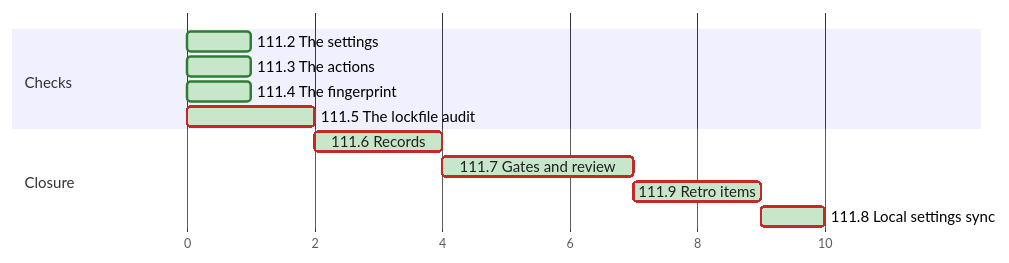
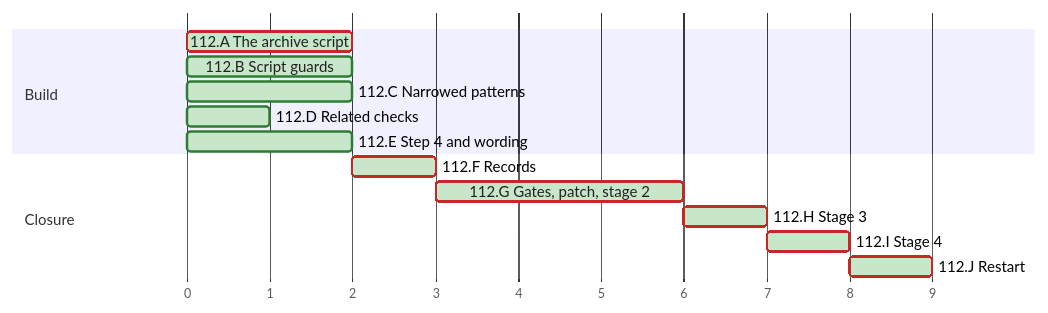
One commit to MatrixFounder/Agentic-development changed the diagram in docs/PLAN.md. Above: the diagram before and after it, drawn with Mermaid. The commit also changed other lines of this file and 49 other files, not shown here.

First line of the commit message:
feat(safe commands that admit no write: an archive script and closed patterns (WI-35))

````diff
--- a/docs/PLAN.md
+++ b/docs/PLAN.md
@@ -293,20 +343,22 @@
 ```mermaid
-%%{init: {"look": "classic", "themeVariables": {"doneTaskBkgColor": "#C8E6C9", "doneTaskBorderColor": "#2E7D32", "activeTaskBkgColor": "#FFF3C4", "activeTaskBorderColor": "#F9A825", "taskBkgColor": "#FFFFFF", "taskBorderColor": "#9E9E9E", "critBkgColor": "#FFFFFF", "critBorderColor": "#C62828", "taskTextColor": "#212121", "taskTextDarkColor": "#212121"}, "gantt": {"barHeight": 16, "barGap": 4, "topPadding": 50, "fontSize": 12, "sectionFontSize": 12, "numberSectionStyles": 2, "useWidth": 900, "leftPadding": 140, "rightPadding": 250}, "themeCSS": ".grid .tick line { stroke-opacity: 0.25; } .activeText0.taskTextOutsideRight, .activeText1.taskTextOutsideRight, .activeText2.taskTextOutsideRight, .activeText3.taskTextOutsideRight, .activeCritText0.taskTextOutsideRight, .activeCritText1.taskTextOutsideRight, .activeCritText2.taskTextOutsideRight, .activeCritText3.taskTextOutsideRight, .doneText0.taskTextOutsideRight, .doneText1.taskTextOutsideRight, .doneText2.taskTextOutsideRight, .doneText3.taskTextOutsideRight, .doneCritText0.taskTextOutsideRight, .doneCritText1.taskTextOutsideRight, .doneCritText2.taskTextOutsideRight, .doneCritText3.taskTextOutsideRight, .activeText0.taskTextOutsideLeft, .activeText1.taskTextOutsideLeft, .activeText2.taskTextOutsideLeft, .activeText3.taskTextOutsideLeft, .activeCritText0.taskTextOutsideLeft, .activeCritText1.taskTextOutsideLeft, .activeCritText2.taskTextOutsideLeft, .activeCritText3.taskTextOutsideLeft, .doneText0.taskTextOutsideLeft, .doneText1.taskTextOutsideLeft, .doneText2.taskTextOutsideLeft, .doneText3.taskTextOutsideLeft, .doneCritText0.taskTextOutsideLeft, .doneCritText1.taskTextOutsideLeft, .doneCritText2.taskTextOutsideLeft, .doneCritText3.taskTextOutsideLeft { fill: #ffffff !important; mix-blend-mode: difference; }"}}%%
+%%{init: {"look": "classic", "themeVariables": {"doneTaskBkgColor": "#C8E6C9", "doneTaskBorderColor": "#2E7D32", "activeTaskBkgColor": "#FFF3C4", "activeTaskBorderColor": "#F9A825", "taskBkgColor": "#FFFFFF", "taskBorderColor": "#9E9E9E", "critBkgColor": "#FFFFFF", "critBorderColor": "#C62828", "taskTextColor": "#212121", "taskTextDarkColor": "#212121"}, "gantt": {"barHeight": 16, "barGap": 4, "topPadding": 50, "fontSize": 12, "sectionFontSize": 12, "numberSectionStyles": 2, "useWidth": 900, "leftPadding": 140, "rightPadding": 164}, "themeCSS": ".grid .tick line { stroke-opacity: 0.25; } .activeText0.taskTextOutsideRight, .activeText1.taskTextOutsideRight, .activeText2.taskTextOutsideRight, .activeText3.taskTextOutsideRight, .activeCritText0.taskTextOutsideRight, .activeCritText1.taskTextOutsideRight, .activeCritText2.taskTextOutsideRight, .activeCritText3.taskTextOutsideRight, .doneText0.taskTextOutsideRight, .doneText1.taskTextOutsideRight, .doneText2.taskTextOutsideRight, .doneText3.taskTextOutsideRight, .doneCritText0.taskTextOutsideRight, .doneCritText1.taskTextOutsideRight, .doneCritText2.taskTextOutsideRight, .doneCritText3.taskTextOutsideRight, .activeText0.taskTextOutsideLeft, .activeText1.taskTextOutsideLeft, .activeText2.taskTextOutsideLeft, .activeText3.taskTextOutsideLeft, .activeCritText0.taskTextOutsideLeft, .activeCritText1.taskTextOutsideLeft, .activeCritText2.taskTextOutsideLeft, .activeCritText3.taskTextOutsideLeft, .doneText0.taskTextOutsideLeft, .doneText1.taskTextOutsideLeft, .doneText2.taskTextOutsideLeft, .doneText3.taskTextOutsideLeft, .doneCritText0.taskTextOutsideLeft, .doneCritText1.taskTextOutsideLeft, .doneCritText2.taskTextOutsideLeft, .doneCritText3.taskTextOutsideLeft { fill: #ffffff !important; mix-blend-mode: difference; }"}}%%
 gantt
   accTitle: Plan chart
   accDescr: Each bar starts when its last dependency ends and lasts its estimate, the axis counts estimate hours from the start, not dates.
   dateFormat x
   axisFormat %Q
-  tickInterval 2millisecond
+  tickInterval 1millisecond
   todayMarker off
-  section Checks
-    111.2 The settings:done, t111x2, 0, 1ms
-    111.3 The actions:done, t111x3, 0, 1ms
-    111.4 The fingerprint:done, t111x4, 0, 1ms
-    111.5 The lockfile audit:done, crit, t111x5, 0, 2ms
+  section Build
+    112.A The archive script:done, crit, t112xA, 0, 2ms
+    112.B Script guards:done, t112xB, 0, 2ms
+    112.C Narrowed patterns:done, t112xC, 0, 2ms
+    112.D Related checks:done, t112xD, 0, 1ms
+    112.E Step 4 and wording:done, t112xE, 0, 2ms
   section Closure
-    111.6 Records:done, crit, t111x6, 2, 2ms
-    111.7 Gates and review:done, crit, t111x7, 4, 3ms
-    111.9 Retro items:done, crit, t111x9, 7, 2ms
-    111.8 Local settings sync:done, crit, t111x8, 9, 1ms
+    112.F Records:done, crit, t112xF, 2, 1ms
+    112.G Gates, patch, stage 2:done, crit, t112xG, 3, 3ms
+    112.H Stage 3:done, crit, t112xH, 6, 1ms
+    112.I Stage 4:done, crit, t112xI, 7, 1ms
+    112.J Restart:done, crit, t112xJ, 8, 1ms
 ```
````
